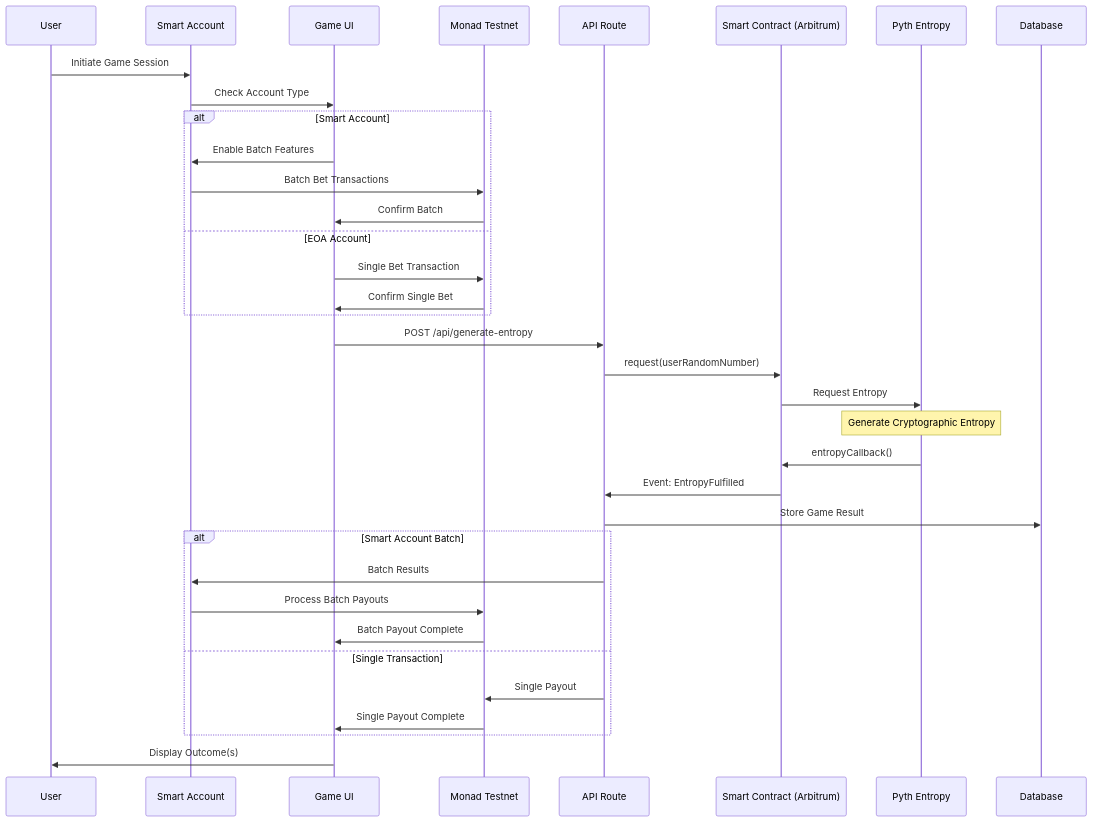
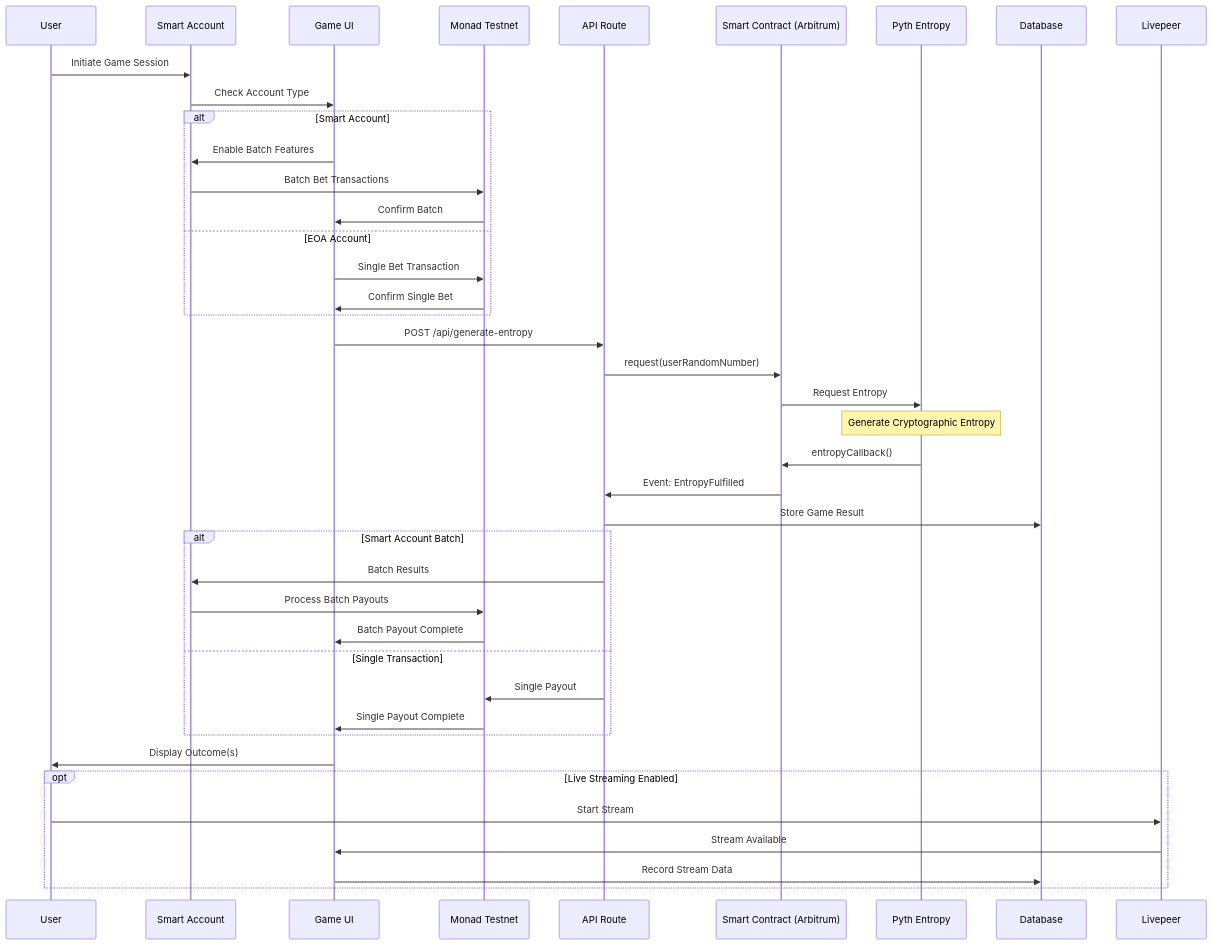
The sixth of 9 diagrams in README.md (AmaanSayyad/APT-Casino-Monad), drawn with Mermaid before and after one commit. The commit also changed other lines of this file, not shown here.

````diff
--- a/README.md
+++ b/README.md
@@ -339,44 +376,51 @@
 ```mermaid
 sequenceDiagram
     participant U as User
     participant SA as Smart Account
     participant UI as Game UI
     participant MT as Monad Testnet
     participant API as API Route
     participant SC as Smart Contract (Arbitrum)
     participant PE as Pyth Entropy
     participant DB as Database
+    participant LP as Livepeer
     
     U->>SA: Initiate Game Session
     SA->>UI: Check Account Type
     
     alt Smart Account
         UI->>SA: Enable Batch Features
         SA->>MT: Batch Bet Transactions
         MT->>UI: Confirm Batch
     else EOA Account
         UI->>MT: Single Bet Transaction
         MT->>UI: Confirm Single Bet
     end
     
     UI->>API: POST /api/generate-entropy
     API->>SC: request(userRandomNumber)
     SC->>PE: Request Entropy
     
     Note over PE: Generate Cryptographic Entropy
     
     PE->>SC: entropyCallback()
     SC->>API: Event: EntropyFulfilled
     API->>DB: Store Game Result
     
     alt Smart Account Batch
         API->>SA: Batch Results
         SA->>MT: Process Batch Payouts
         MT->>UI: Batch Payout Complete
     else Single Transaction
         API->>MT: Single Payout
         MT->>UI: Single Payout Complete
     end
     
     UI->>U: Display Outcome(s)
+    
+    opt Live Streaming Enabled
+        U->>LP: Start Stream
+        LP->>UI: Stream Available
+        UI->>DB: Record Stream Data
+    end
 ```
````
